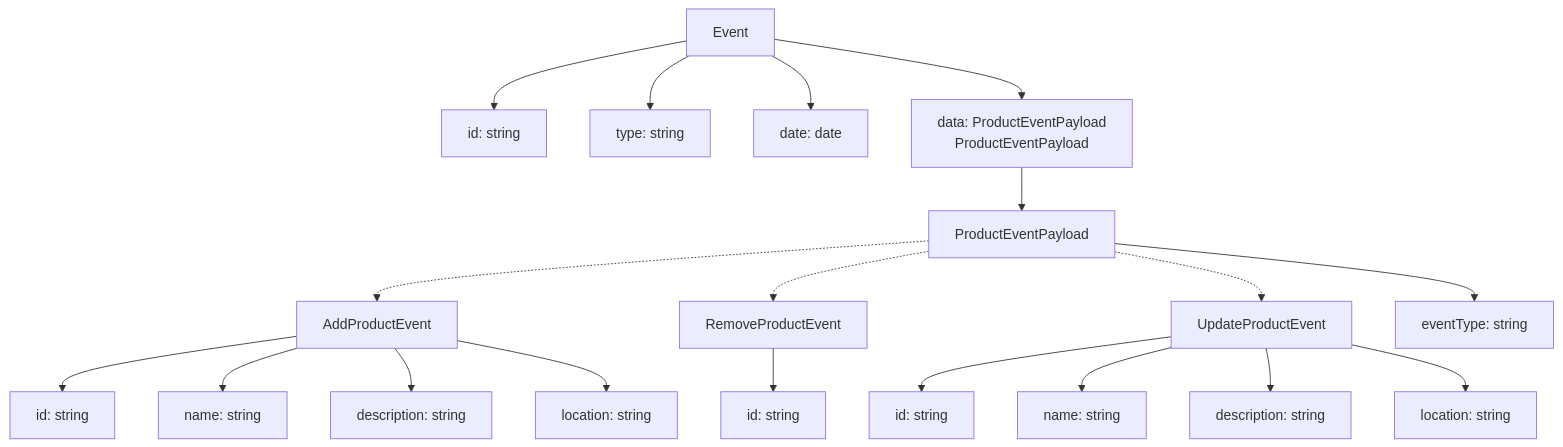
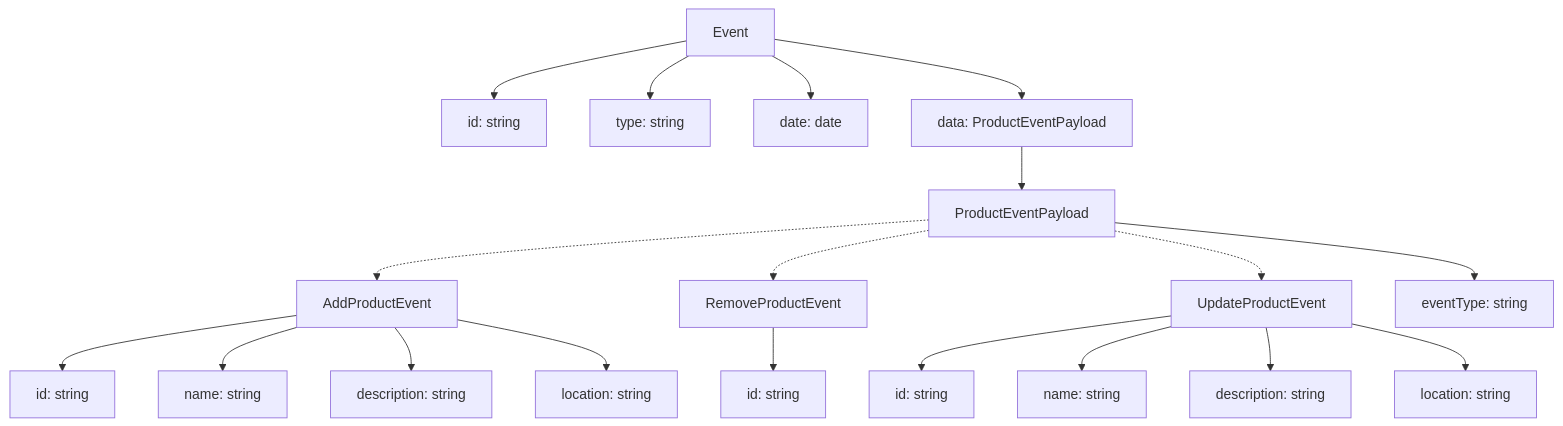
Before and after one commit to kothar/zod-mermaid: diagram 13 of 16 in examples/mermaid-examples.md, drawn with Mermaid. The commit also changed other lines of this file and 6 other files, not shown here.

Commit message:
WIP replacing monkeypatched references on schemas with use of the global metadata registry

````diff
--- a/examples/mermaid-examples.md
+++ b/examples/mermaid-examples.md
@@ -307,40 +307,40 @@
 ```mermaid
 flowchart TD
     Event["Event"]
     ProductEventPayload["ProductEventPayload"]
     AddProductEvent["AddProductEvent"]
     RemoveProductEvent["RemoveProductEvent"]
     UpdateProductEvent["UpdateProductEvent"]
     Event_id["id: string"]
     Event --> Event_id["id: string"]
     Event_type["type: string"]
     Event --> Event_type["type: string"]
     Event_date["date: date"]
     Event --> Event_date["date: date"]
-    Event_data["data: ProductEventPayload\nProductEventPayload"]
-    Event --> Event_data["data: ProductEventPayload\nProductEventPayload"]
-    Event_data["data: ProductEventPayload\nProductEventPayload"] --> ProductEventPayload
+    Event_data["data: ProductEventPayload"]
+    Event --> Event_data["data: ProductEventPayload"]
+    Event_data["data: ProductEventPayload"] --> ProductEventPayload
     ProductEventPayload_eventType["eventType: string"]
     ProductEventPayload --> ProductEventPayload_eventType["eventType: string"]
     AddProductEvent_id["id: string"]
     AddProductEvent --> AddProductEvent_id["id: string"]
     AddProductEvent_name["name: string"]
     AddProductEvent --> AddProductEvent_name["name: string"]
     AddProductEvent_description["description: string"]
     AddProductEvent --> AddProductEvent_description["description: string"]
     AddProductEvent_location["location: string"]
     AddProductEvent --> AddProductEvent_location["location: string"]
     RemoveProductEvent_id["id: string"]
     RemoveProductEvent --> RemoveProductEvent_id["id: string"]
     UpdateProductEvent_id["id: string"]
     UpdateProductEvent --> UpdateProductEvent_id["id: string"]
     UpdateProductEvent_name["name: string"]
     UpdateProductEvent --> UpdateProductEvent_name["name: string"]
     UpdateProductEvent_description["description: string"]
     UpdateProductEvent --> UpdateProductEvent_description["description: string"]
     UpdateProductEvent_location["location: string"]
     UpdateProductEvent --> UpdateProductEvent_location["location: string"]
     ProductEventPayload -.-> AddProductEvent
     ProductEventPayload -.-> RemoveProductEvent
     ProductEventPayload -.-> UpdateProductEvent
 ```
````
